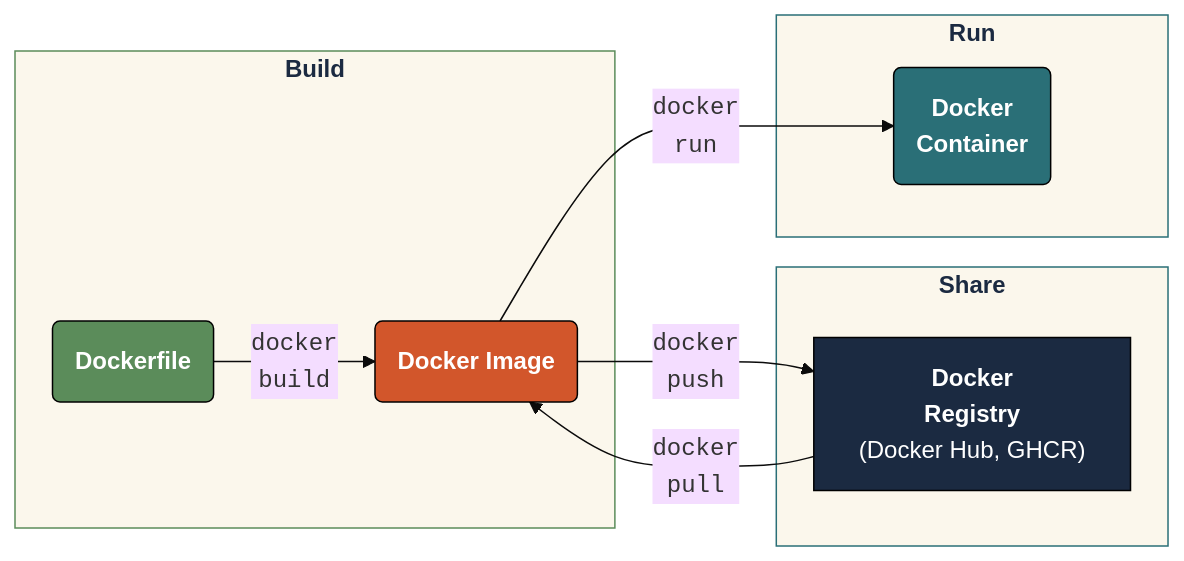
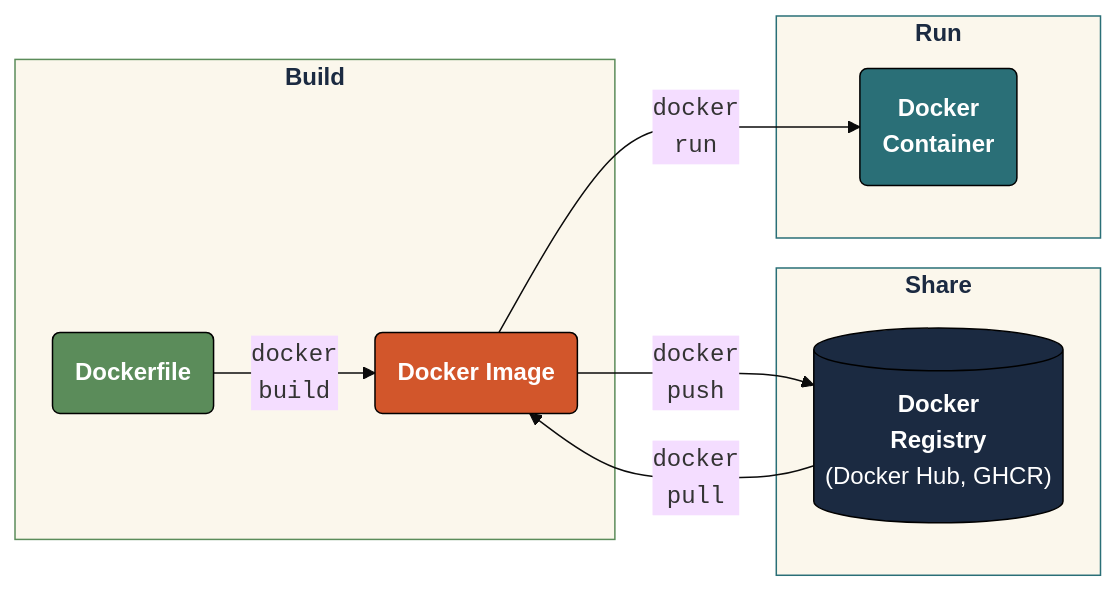
Before and after one commit to mjfrigaard/do4ds-labs: the diagram in lab06.qmd, drawn with Mermaid. The commit also changed other lines of this file and 69 other files, not shown here.

Commit message:
style review fixes; mermaid look; lab07 model scripts and workflow deps

````diff
--- a/lab06.qmd
+++ b/lab06.qmd
@@ -38,32 +40,32 @@
 ```{mermaid}
 %%| fig-cap: ‘Docker components’
 %%| fig-width: 7.0
 %%| fig-align: 'center'
-%%{init: {'theme': 'base', 'themeVariables': {'fontFamily': 'monospace'}}}%%
+%%{init: {'theme': 'base', 'look': 'classic', 'themeVariables': {'fontFamily': 'monospace'}}}%%
 
 graph LR
     subgraph Build["<strong>Build</strong>"]
         DF("<strong>Dockerfile</strong>")
         Img("<strong>Docker Image</strong>")
         DF -->|"<code>docker<br>build</code>"| Img
     end
 
     subgraph Share["<strong>Share</strong>"]
-        Reg["<strong>Docker<br>Registry</strong><br>(Docker Hub, GHCR)"]
+        Reg[("<strong>Docker<br>Registry</strong><br>(Docker Hub, GHCR)")]
         Img -->|"<code>docker<br>push</code>"| Reg
         Reg -->|"<code>docker<br>pull</code>"| Img
     end
 
     subgraph Run["<strong>Run</strong>"]
         Con("<strong>Docker<br>Container</strong>")
         Img -->|"<code>docker<br>run</code>"| Con
     end
 
     style Build fill:#fbf7ec,stroke:#5B8C5A,color:#1B2A41
     style Share fill:#fbf7ec,stroke:#2A6F77,color:#1B2A41
     style Run fill:#fbf7ec,stroke:#2A6F77,color:#1B2A41
     style DF fill:#5B8C5A,stroke:#000000,stroke-width:1px,color:#ffffff
     style Img fill:#D2562B,stroke:#000000,stroke-width:1px,color:#ffffff
     style Reg fill:#1B2A41,stroke:#000000,stroke-width:1px,color:#ffffff
     style Con fill:#2A6F77,stroke:#000000,stroke-width:1px,color:#ffffff
 ```
````
